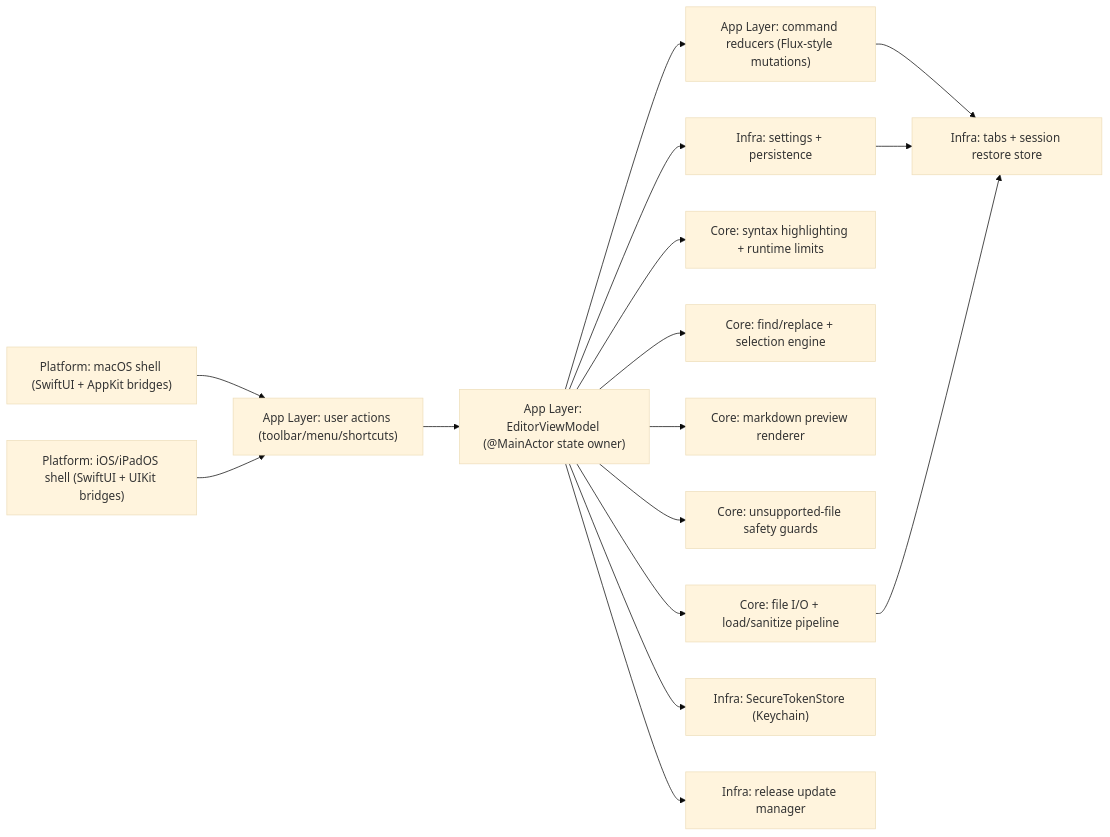
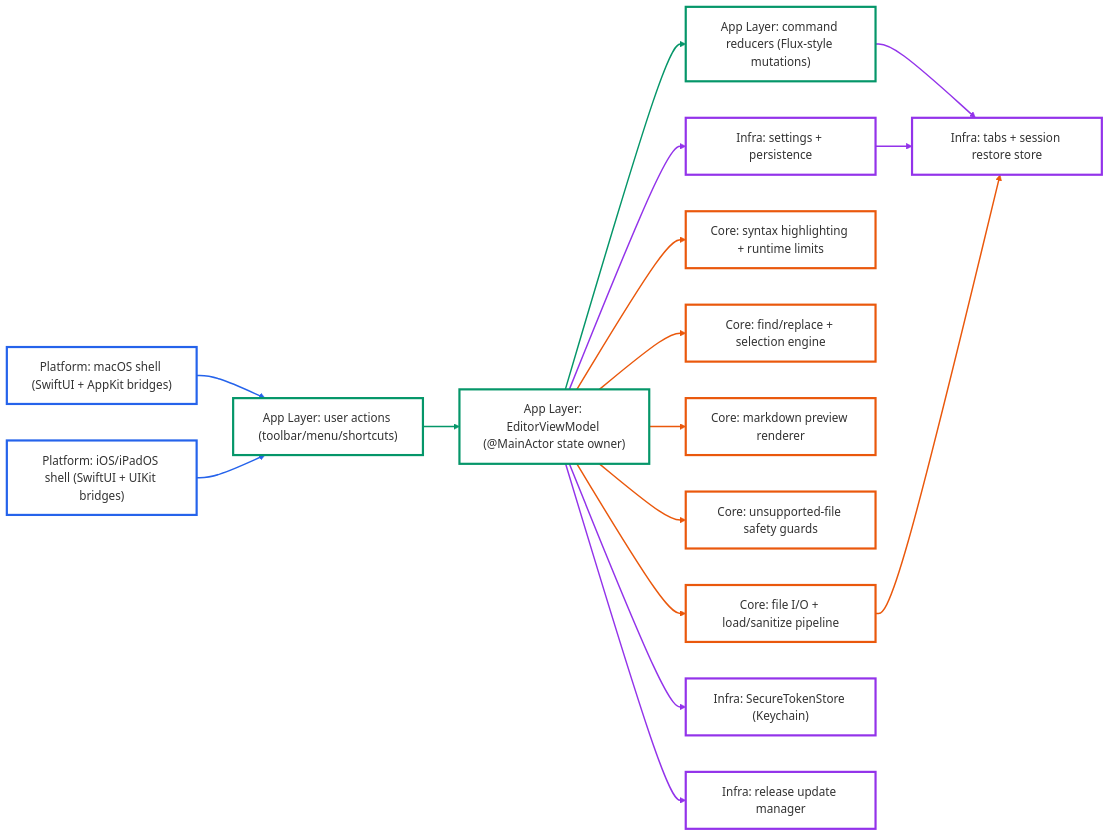
The diagram in README.md (h3pdesign/Neon-Vision-Editor), drawn with Mermaid (base theme) before and after one commit. The commit also changed other lines of this file and 6 other files, not shown here.

Commit message:
docs(release): auto-generate release flow timeline with upcoming milestones

````diff
--- a/README.md
+++ b/README.md
@@ -264,33 +264,48 @@
 ```mermaid
 flowchart LR
   Mac["Platform: macOS shell (SwiftUI + AppKit bridges)"]
   IOS["Platform: iOS/iPadOS shell (SwiftUI + UIKit bridges)"]
   ACT["App Layer: user actions (toolbar/menu/shortcuts)"]
   VM["App Layer: EditorViewModel (@MainActor state owner)"]
   CMD["App Layer: command reducers (Flux-style mutations)"]
   IO["Core: file I/O + load/sanitize pipeline"]
   HL["Core: syntax highlighting + runtime limits"]
   FIND["Core: find/replace + selection engine"]
   PREV["Core: markdown preview renderer"]
   SAFE["Core: unsupported-file safety guards"]
   STORE["Infra: tabs + session restore store"]
   PREFS["Infra: settings + persistence"]
   SEC["Infra: SecureTokenStore (Keychain)"]
   UPD["Infra: release update manager"]
 
   Mac --> ACT
   IOS --> ACT
   ACT --> VM
   VM --> CMD
   CMD --> STORE
   VM --> IO
   VM --> HL
   VM --> FIND
   VM --> PREV
   VM --> SAFE
   VM --> PREFS
   VM --> UPD
   PREFS --> STORE
   IO --> STORE
   VM --> SEC
+
+  classDef platform stroke:#2563EB,stroke-width:3px,fill:transparent;
+  classDef app stroke:#059669,stroke-width:3px,fill:transparent;
+  classDef core stroke:#EA580C,stroke-width:3px,fill:transparent;
+  classDef infra stroke:#9333EA,stroke-width:3px,fill:transparent;
+
+  class Mac,IOS platform;
+  class ACT,VM,CMD app;
+  class IO,HL,FIND,PREV,SAFE core;
+  class STORE,PREFS,SEC,UPD infra;
+
+  linkStyle 0,1 stroke:#2563EB,stroke-width:2px;
+  linkStyle 2,3 stroke:#059669,stroke-width:2px;
+  linkStyle 5,6,7,8,9,13 stroke:#EA580C,stroke-width:2px;
+  linkStyle 4,10,11,12,14 stroke:#9333EA,stroke-width:2px;
 ```
````
